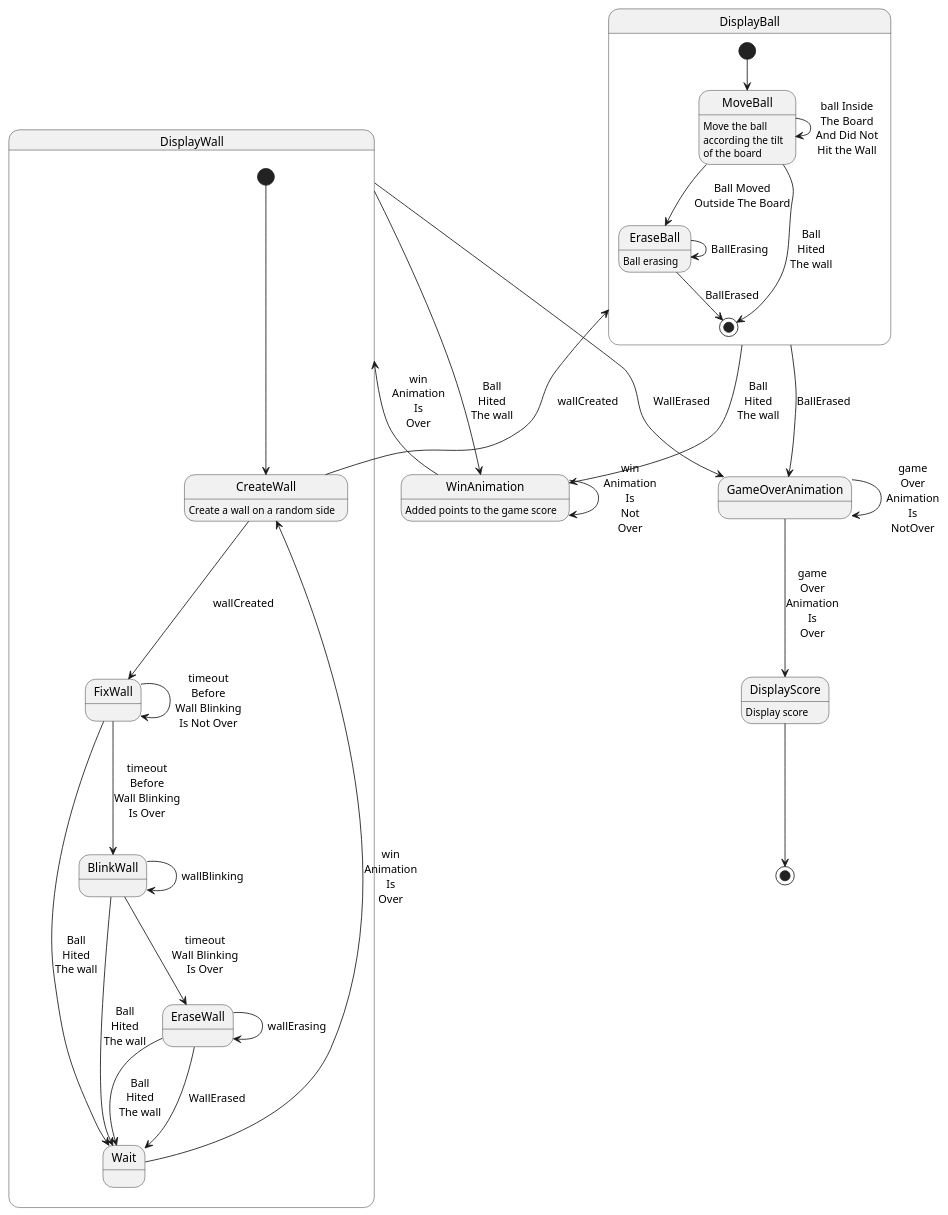
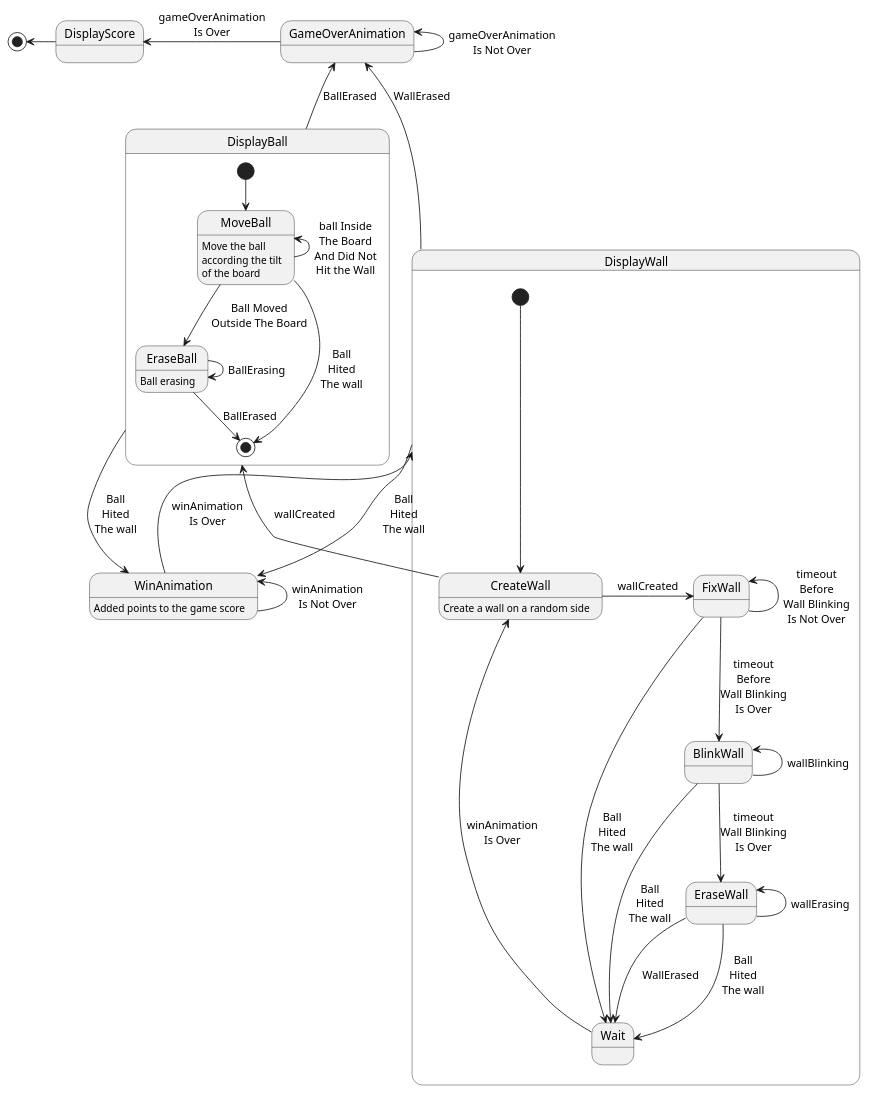
Before and after one commit to jebissey/GamesOfSkill: the diagram in Arduino-nano/LedsPong/LedsPong.puml, drawn with PlantUML.

Commit message:
Updated  diagram

```diff
--- a/Arduino-nano/LedsPong/LedsPong.puml
+++ b/Arduino-nano/LedsPong/LedsPong.puml
@@ -1,58 +1,52 @@
 @startuml
-
-
 
 state DisplayBall {
     [*] --> MoveBall
 
     MoveBall : Move the ball\naccording the tilt\nof the board
-    MoveBall --> MoveBall : ball Inside\nThe Board\nAnd Did Not\nHit the Wall
+    MoveBall -up-> MoveBall : ball Inside\nThe Board\nAnd Did Not\nHit the Wall
     MoveBall --> EraseBall :  Ball Moved\nOutside The Board
     MoveBall --> [*] : Ball\nHited\nThe wall
 
     EraseBall : Ball erasing
-    EraseBall --> EraseBall : BallErasing
+    EraseBall -> EraseBall : BallErasing
     EraseBall --> [*] : BallErased
 }
 DisplayBall --> WinAnimation : Ball\nHited\nThe wall
-DisplayBall --> GameOverAnimation : BallErased
+DisplayBall -up-> GameOverAnimation : BallErased
 
 state DisplayWall {
     [*] --> CreateWall
 
     CreateWall : Create a wall on a random side
-    CreateWall --> FixWall : wallCreated
+    CreateWall -> FixWall : wallCreated
     CreateWall --> DisplayBall : wallCreated
 
-    FixWall --> FixWall : timeout\nBefore\nWall Blinking\nIs Not Over
+    FixWall -up-> FixWall : timeout\nBefore\nWall Blinking\nIs Not Over
     FixWall --> BlinkWall : timeout\nBefore\nWall Blinking\nIs Over
-    FixWall -->  Wait :  Ball\nHited\nThe wall
+    FixWall ->  Wait :  Ball\nHited\nThe wall
     
-    BlinkWall --> BlinkWall : wallBlinking
+    BlinkWall -up-> BlinkWall : wallBlinking
     BlinkWall --> EraseWall : timeout\nWall Blinking\nIs Over
-    BlinkWall -->  Wait :  Ball\nHited\nThe wall
+    BlinkWall ->  Wait :  Ball\nHited\nThe wall
 
-    EraseWall --> EraseWall : wallErasing
+    EraseWall -up-> EraseWall : wallErasing
     EraseWall --> Wait : WallErased
-    EraseWall -->  Wait :  Ball\nHited\nThe wall
+    EraseWall ->  Wait :  Ball\nHited\nThe wall
 
-    Wait --> CreateWall : win\nAnimation\nIs\nOver
+    Wait -> CreateWall : winAnimation\nIs Over
 }
 
-
-DisplayWall --> GameOverAnimation : WallErased
+DisplayWall -up-> GameOverAnimation : WallErased
 DisplayWall --> WinAnimation : Ball\nHited\nThe wall
 
 WinAnimation : Added points to the game score
-WinAnimation --> WinAnimation : win\nAnimation\nIs\nNot\nOver
-WinAnimation --> DisplayWall : win\nAnimation\nIs\nOver
+WinAnimation -up-> WinAnimation : winAnimation\nIs Not Over
+WinAnimation -down-> DisplayWall : winAnimation\nIs Over
 
-GameOverAnimation --> GameOverAnimation : game\nOver\nAnimation\nIs\nNotOver
-GameOverAnimation --> DisplayScore : game\nOver\nAnimation\nIs\nOver
-DisplayScore : Display score
-DisplayScore --> [*]
+GameOverAnimation -up-> GameOverAnimation : gameOverAnimation\nIs Not Over
+GameOverAnimation -left-> DisplayScore : gameOverAnimation\nIs Over
 
-
-
+DisplayScore -left-> [*]
 
 @enduml
```
